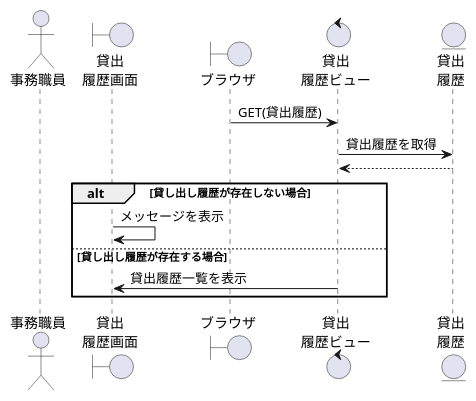
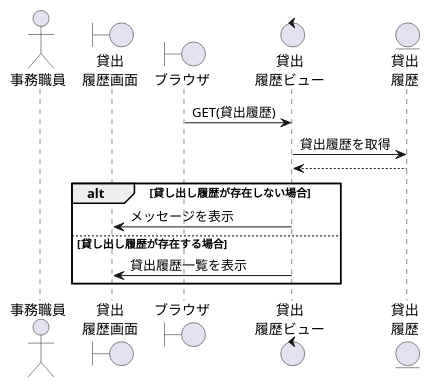
One commit to ysyk-wtnb16/team_D changed the diagram in 効果測定/貸出履歴.wsd. Above: the diagram before and after it, drawn with PlantUML. The commit also changed 1 other file, not shown here.

```diff
--- a/効果測定/貸出履歴.wsd
+++ b/効果測定/貸出履歴.wsd
@@ -1,18 +1,18 @@
 @startuml KR
  
 actor "事務職員" as staff
 boundary "貸出\n履歴画面" as KRs
 boundary "ブラウザ" as brz
 control "貸出\n履歴ビュー" as KRv
 entity "貸出\n履歴" as KR
  
 brz -> KRv: GET(貸出履歴)
 KRv -> KR: 貸出履歴を取得
 KRv <-- KR:
 alt 貸し出し履歴が存在しない場合
-KRs -> KRs:メッセージを表示
+KRv -> KRs:メッセージを表示
 else 貸し出し履歴が存在する場合
 KRs <- KRv:貸出履歴一覧を表示
 end
  
 @enduml
```
